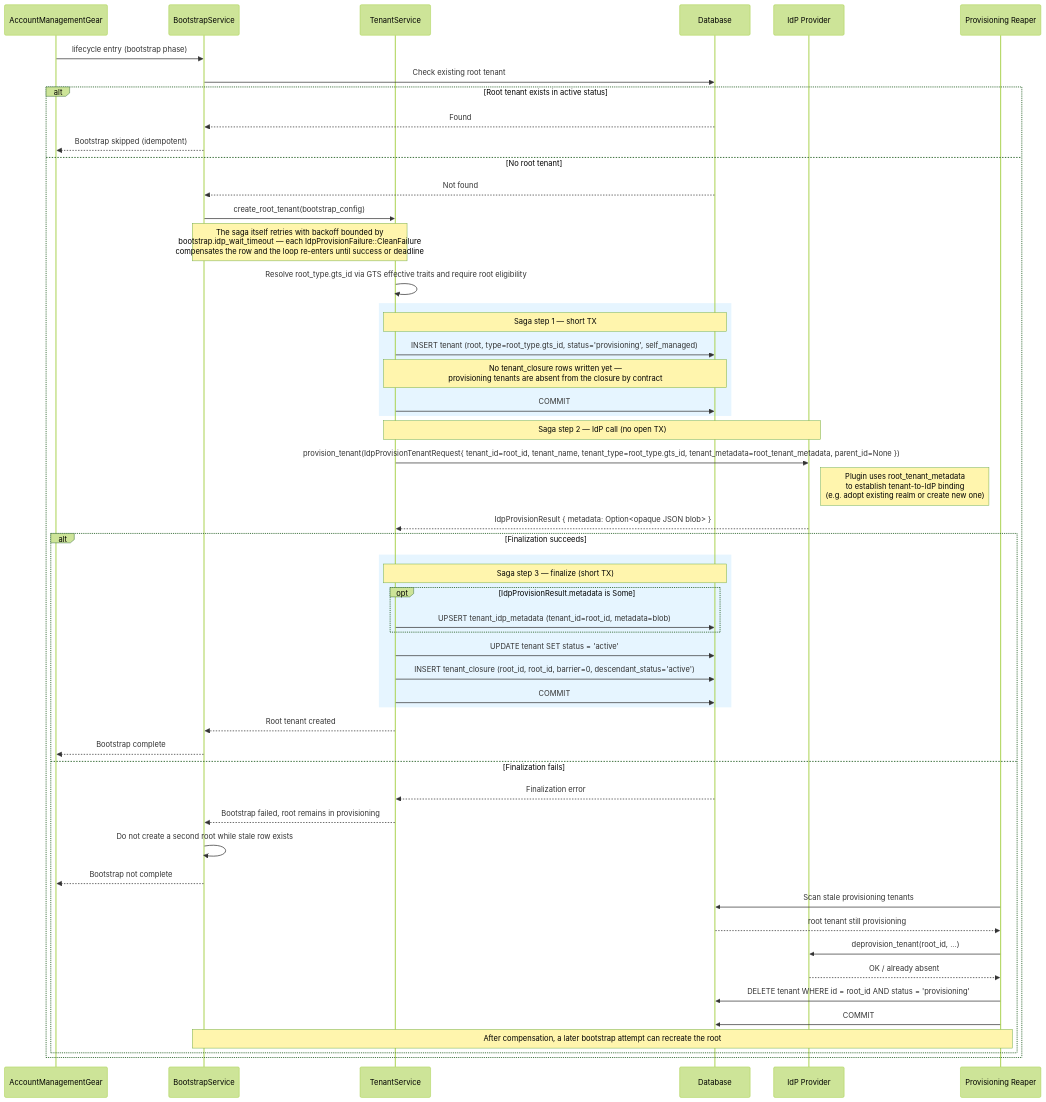
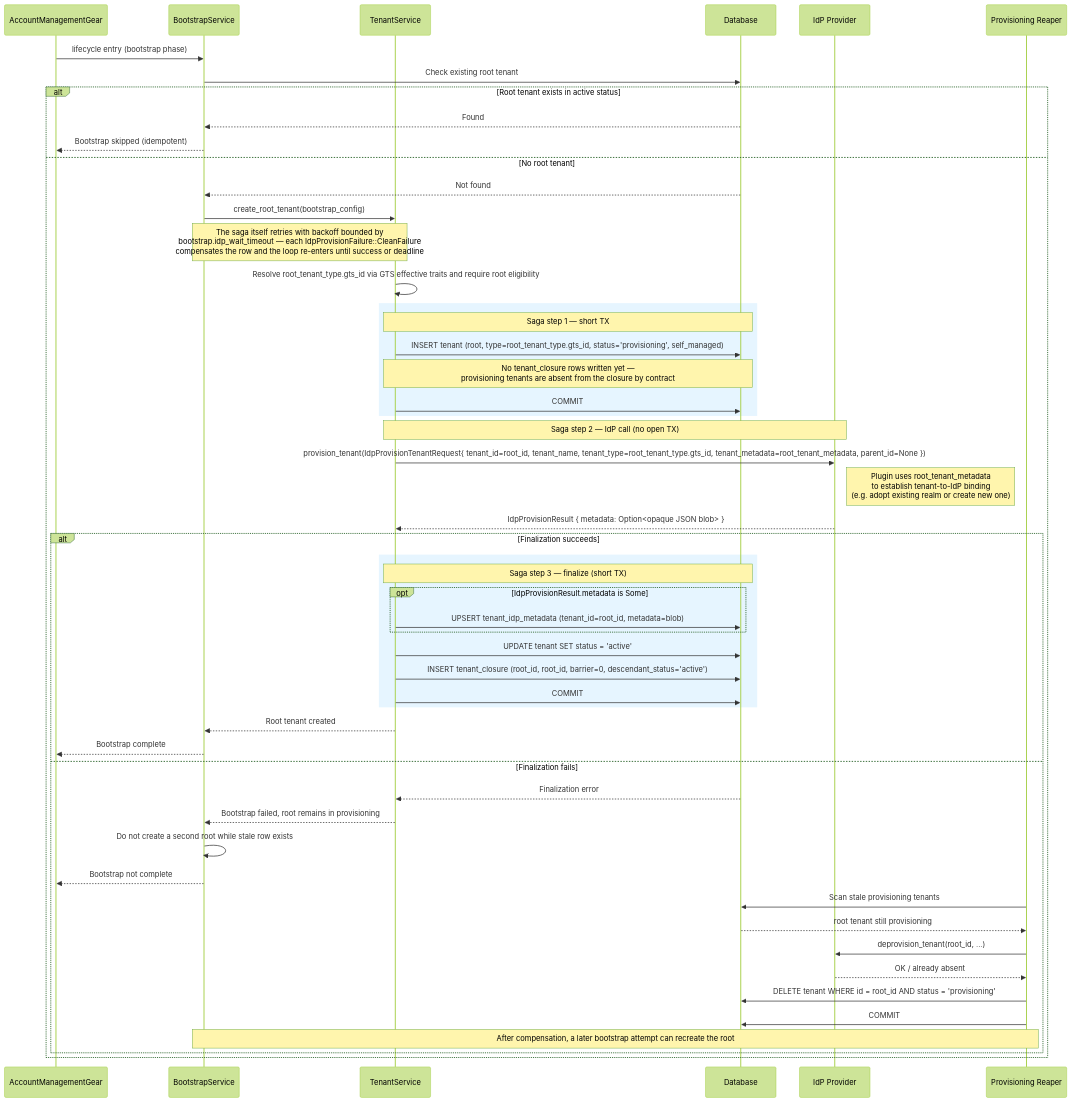
One commit to Andrei-Iliushin-Constructor/gears-rust changed the fourth of 9 diagrams in gears/system/account-management/docs/DESIGN.md. Above: the diagram before and after it, drawn with Mermaid (forest theme). The commit also changed other lines of this file and 10 other files, not shown here.

Commit message:
refactor(account-management): clarify root tenant type config

````diff
--- a/gears/system/account-management/docs/DESIGN.md
+++ b/gears/system/account-management/docs/DESIGN.md
@@ -959,56 +959,56 @@
 ```mermaid
 sequenceDiagram
     participant AM as AccountManagementGear
     participant BS as BootstrapService
     participant TS as TenantService
     participant DB as Database
     participant IDP as IdP Provider
     participant PR as Provisioning Reaper
 
     AM->>BS: lifecycle entry (bootstrap phase)
     BS->>DB: Check existing root tenant
     alt Root tenant exists in active status
         DB-->>BS: Found
         BS-->>AM: Bootstrap skipped (idempotent)
     else No root tenant
         DB-->>BS: Not found
         BS->>TS: create_root_tenant(bootstrap_config)
         Note over BS,TS: The saga itself retries with backoff bounded by<br/>bootstrap.idp_wait_timeout — each IdpProvisionFailure::CleanFailure<br/>compensates the row and the loop re-enters until success or deadline
-        TS->>TS: Resolve root_type.gts_id via GTS effective traits and require root eligibility
+        TS->>TS: Resolve root_tenant_type.gts_id via GTS effective traits and require root eligibility
         rect rgb(230, 245, 255)
             Note over TS,DB: Saga step 1 — short TX
-            TS->>DB: INSERT tenant (root, type=root_type.gts_id, status='provisioning', self_managed)
+            TS->>DB: INSERT tenant (root, type=root_tenant_type.gts_id, status='provisioning', self_managed)
             Note over TS,DB: No tenant_closure rows written yet —<br/>provisioning tenants are absent from the closure by contract
             TS->>DB: COMMIT
         end
         Note over TS,IDP: Saga step 2 — IdP call (no open TX)
-        TS->>IDP: provision_tenant(IdpProvisionTenantRequest{ tenant_id=root_id, tenant_name, tenant_type=root_type.gts_id, tenant_metadata=root_tenant_metadata, parent_id=None })
+        TS->>IDP: provision_tenant(IdpProvisionTenantRequest{ tenant_id=root_id, tenant_name, tenant_type=root_tenant_type.gts_id, tenant_metadata=root_tenant_metadata, parent_id=None })
         Note right of IDP: Plugin uses root_tenant_metadata<br/>to establish tenant-to-IdP binding<br/>(e.g. adopt existing realm or create new one)
         IDP-->>TS: IdpProvisionResult { metadata: Option<opaque JSON blob> }
         alt Finalization succeeds
             rect rgb(230, 245, 255)
                 Note over TS,DB: Saga step 3 — finalize (short TX)
                 opt IdpProvisionResult.metadata is Some
                     TS->>DB: UPSERT tenant_idp_metadata (tenant_id=root_id, metadata=blob)
                 end
                 TS->>DB: UPDATE tenant SET status = 'active'
                 TS->>DB: INSERT tenant_closure (root_id, root_id, barrier=0, descendant_status='active')
                 TS->>DB: COMMIT
             end
             TS-->>BS: Root tenant created
             BS-->>AM: Bootstrap complete
         else Finalization fails
             DB-->>TS: Finalization error
             TS-->>BS: Bootstrap failed, root remains in provisioning
             BS->>BS: Do not create a second root while stale row exists
             BS-->>AM: Bootstrap not complete
             PR->>DB: Scan stale provisioning tenants
             DB-->>PR: root tenant still provisioning
             PR->>IDP: deprovision_tenant(root_id, ...)
             IDP-->>PR: OK / already absent
             PR->>DB: DELETE tenant WHERE id = root_id AND status = 'provisioning'
             PR->>DB: COMMIT
             Note over BS,PR: After compensation, a later bootstrap attempt can recreate the root
         end
     end
 ```
````
